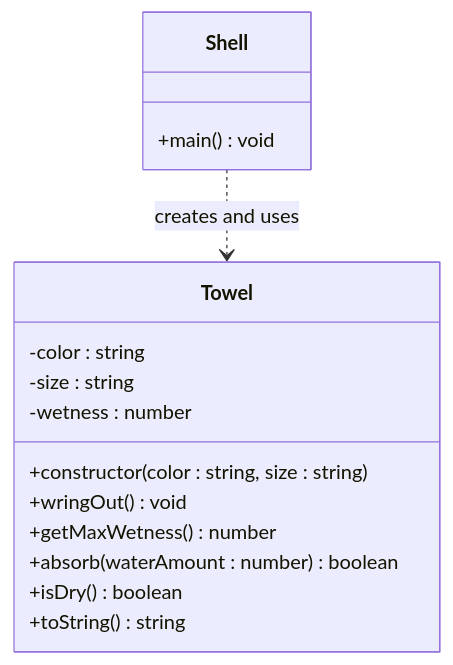
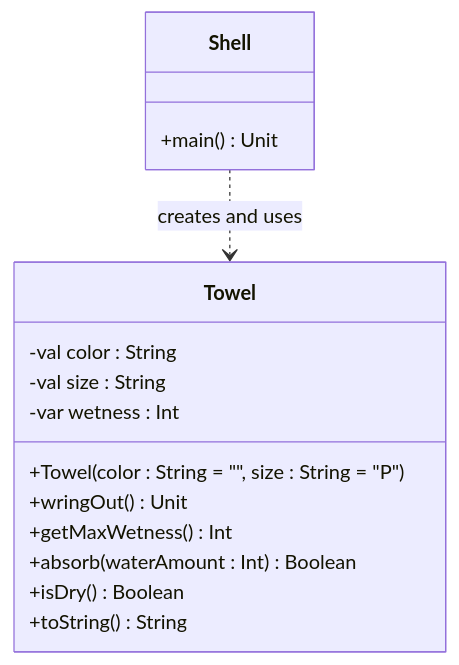
One commit to qxcodepoo/arcade changed the diagram in labs/enxugar/README.md. Above: the diagram before and after it, drawn with Mermaid. The commit also changed other lines of this file and 201 other files, not shown here.

````diff
--- a/labs/enxugar/README.md
+++ b/labs/enxugar/README.md
@@ -39,23 +39,23 @@
 ```mermaid
 %%{init: { "fontFamily": "monospace" } }%%
 classDiagram
     direction TB
 
     class Towel {
-        -color : string
-        -size : string
-        -wetness : number
-        +constructor(color : string, size : string)
-        +wringOut() void
-        +getMaxWetness() number
-        +absorb(waterAmount : number) boolean
-        +isDry() boolean
-        +toString() string
+        -val color : String
+        -val size : String
+        -var wetness : Int
+        +Towel(color : String = "", size : String = "P")
+        +wringOut() Unit
+        +getMaxWetness() Int
+        +absorb(waterAmount : Int) Boolean
+        +isDry() Boolean
+        +toString() String
     }
 
     class Shell {
-        +main() void
+        +main() Unit
     }
 
     Shell ..> Towel : creates and uses
 ```
````
